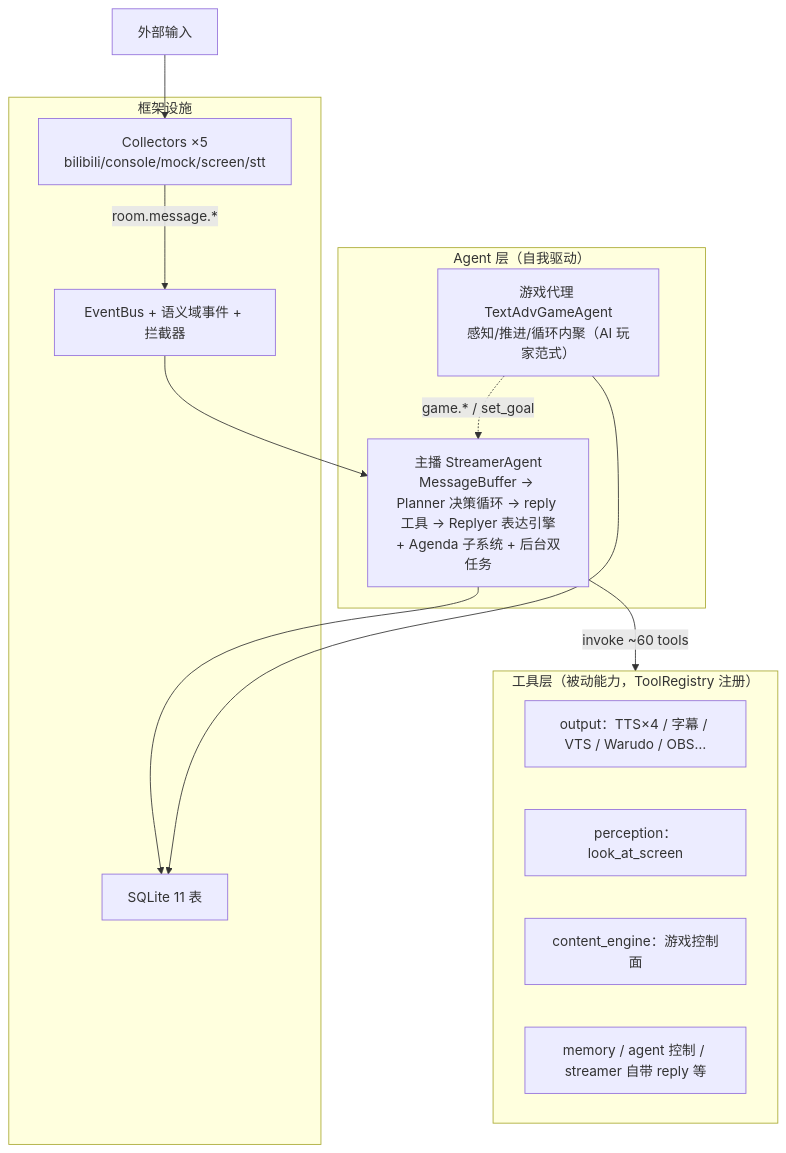
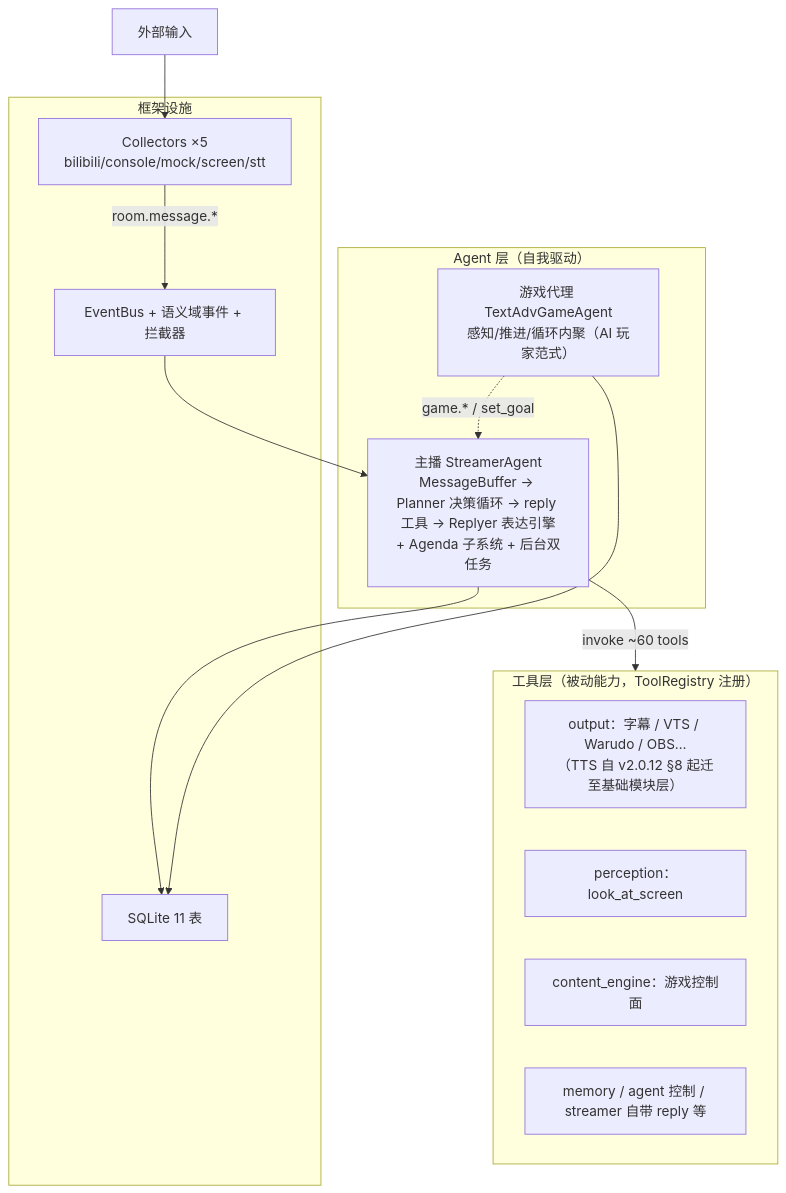
The diagram in docs/architecture/v2-architecture.md (Mai-with-u/Amaidesu), drawn with Mermaid before and after one commit. The commit also changed other lines of this file and 60 other files, not shown here.

````diff
--- a/docs/architecture/v2-architecture.md
+++ b/docs/architecture/v2-architecture.md
@@ -109,23 +109,23 @@
 ```mermaid
 flowchart TB
     subgraph Agents["Agent 层（自我驱动）"]
         SA["主播 StreamerAgent<br/>MessageBuffer → Planner 决策循环 → reply 工具 → Replyer 表达引擎<br/>+ Agenda 子系统 + 后台双任务"]
         GA["游戏代理 TextAdvGameAgent<br/>感知/推进/循环内聚（AI 玩家范式）"]
     end
     subgraph Tools["工具层（被动能力，ToolRegistry 注册）"]
-        T1["output：TTS×4 / 字幕 / VTS / Warudo / OBS…"]
+        T1["output：字幕 / VTS / Warudo / OBS…<br/>（TTS 自 v2.0.12 §8 起迁至基础模块层）"]
         T2["perception：look_at_screen"]
         T3["content_engine：游戏控制面"]
         T4["memory / agent 控制 / streamer 自带 reply 等"]
     end
     subgraph Infra["框架设施"]
         COL["Collectors ×5<br/>bilibili/console/mock/screen/stt"]
         BUS["EventBus + 语义域事件 + 拦截器"]
         STO["SQLite 11 表"]
     end
     EXT["外部输入"] --> COL -->|"room.message.*"| BUS
     BUS --> SA
     GA -.->|"game.* / set_goal"| SA
     SA -->|"invoke ~60 tools"| Tools
     SA & GA --> STO
 ```
````
